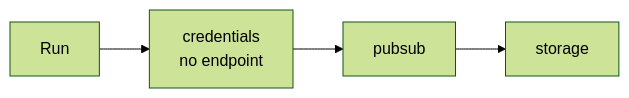
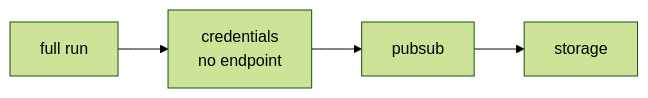
The sixth of 7 diagrams in docs/ARCHITECTURE.md (datarocks-ag/gcp-emulator-provisioner), drawn with Mermaid (forest theme) before and after one commit. The commit also changed other lines of this file and 10 other files, not shown here.

First line of the commit message:
Write credentials before connecting to any endpoint

````diff
--- a/docs/ARCHITECTURE.md
+++ b/docs/ARCHITECTURE.md
@@ -139,6 +139,6 @@
 ```mermaid
 flowchart LR
-    R["Run"] --> C["credentials<br/>no endpoint"]
+    R["full run"] --> C["credentials<br/>no endpoint"]
     C --> P["pubsub"]
     P --> S["storage"]
 ```
````
